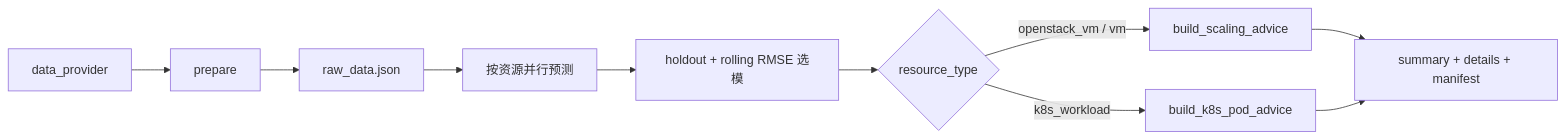
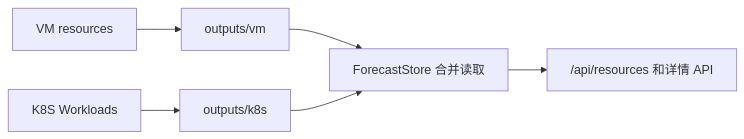
The second of 4 diagrams in README.md (zorocui/resource_predict), drawn with Mermaid before and after one commit. The commit also changed other lines of this file and 41 other files, not shown here.

````diff
--- a/README.md
+++ b/README.md
@@ -229,12 +135,8 @@
 ```mermaid
 flowchart LR
-    A["data_provider"] --> B["prepare"]
-    B --> C["raw_data.json"]
-    C --> D["按资源并行预测"]
-    D --> E["holdout + rolling RMSE 选模"]
-    E --> F{"resource_type"}
-    F -->|openstack_vm / vm| G["build_scaling_advice"]
-    F -->|k8s_workload| H["build_k8s_pod_advice"]
-    G --> I["summary + details + manifest"]
-    H --> I
+    VM["VM resources"] --> VMO["outputs/vm"]
+    K8S["K8S Workloads"] --> K8SO["outputs/k8s"]
+    VMO --> Store["ForecastStore 合并读取"]
+    K8SO --> Store
+    Store --> API["/api/resources 和详情 API"]
 ```
````
